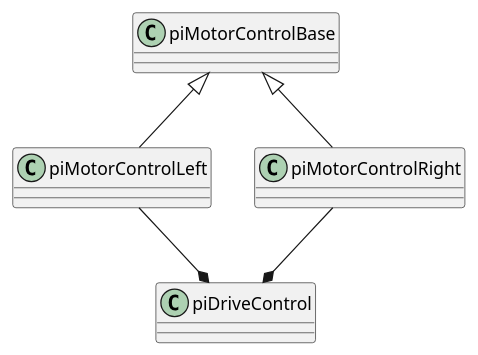
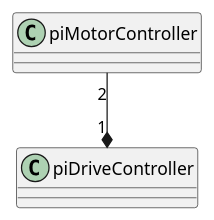
One commit to shun/pi-rosbot changed the second of 2 diagrams in ros/ros_ws/doc/pi-rosbot.md. Above: the diagram before and after it, drawn with PlantUML. The commit also changed other lines of this file and 9 other files, not shown here.

Commit message:
build piDriveController lib

````diff
--- a/ros/ros_ws/doc/pi-rosbot.md
+++ b/ros/ros_ws/doc/pi-rosbot.md
@@ -28,15 +28,10 @@
 ```plantuml
 @startuml
 
-class piDriveControl
-class piMotorControlBase
-class piMotorControlRight
-class piMotorControlLeft
+class piDriveController
+class piMotorController
 
-piDriveControl *-up- piMotorControlRight
-piDriveControl *-up- piMotorControlLeft
-piMotorControlBase <|-- piMotorControlRight
-piMotorControlBase <|-- piMotorControlLeft
+piDriveController "1" *-up- "2" piMotorController
 
 @enduml
 ```
````
